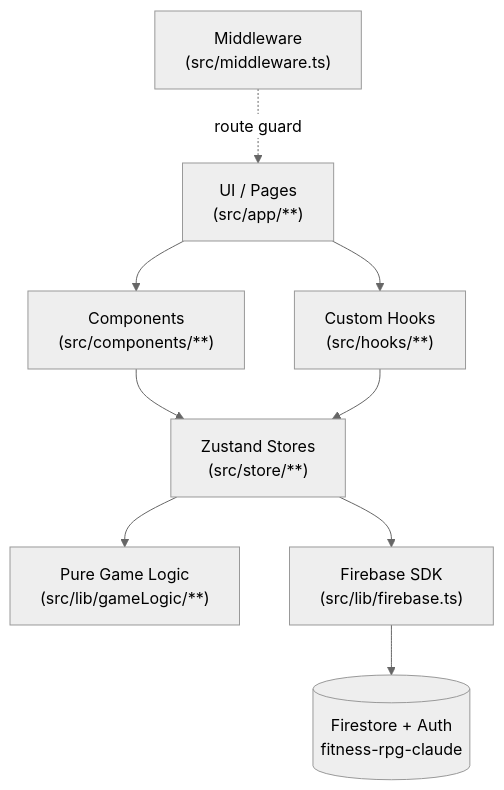
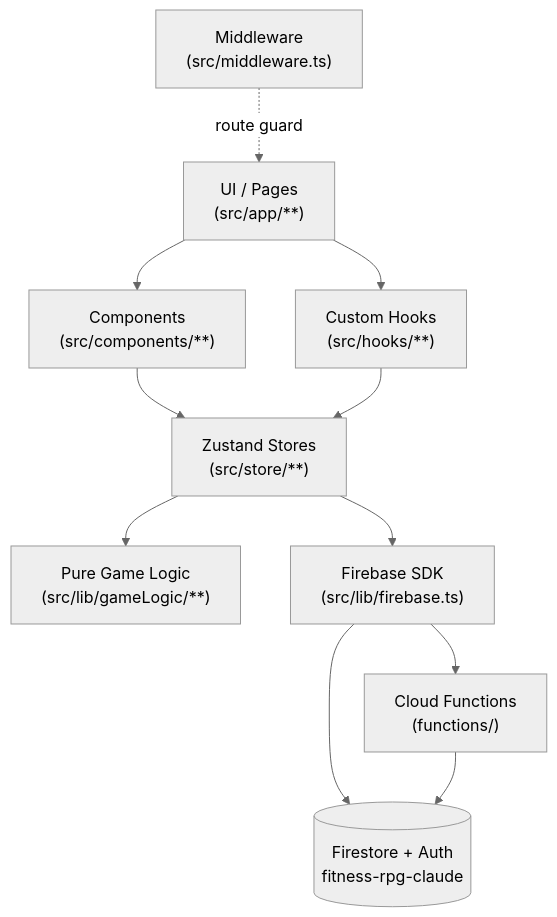
Before and after one commit to Spike450x/FitQuest: the first of 2 diagrams in docs/ARCHITECTURE.md, drawn with Mermaid (neutral theme). The commit also changed other lines of this file and 42 other files, not shown here.

````diff
--- a/docs/ARCHITECTURE.md
+++ b/docs/ARCHITECTURE.md
@@ -11,11 +11,13 @@
 ```mermaid
 graph TD
     A["UI / Pages<br/>(src/app/**)"] --> B["Components<br/>(src/components/**)"]
     A --> C["Custom Hooks<br/>(src/hooks/**)"]
     B --> D["Zustand Stores<br/>(src/store/**)"]
     C --> D
     D --> E["Pure Game Logic<br/>(src/lib/gameLogic/**)"]
     D --> F["Firebase SDK<br/>(src/lib/firebase.ts)"]
     F --> G[("Firestore + Auth<br/>fitness-rpg-claude")]
+    F --> CF["Cloud Functions<br/>(functions/)"]
+    CF --> G
     H["Middleware<br/>(src/middleware.ts)"] -. route guard .-> A
 ```
````
